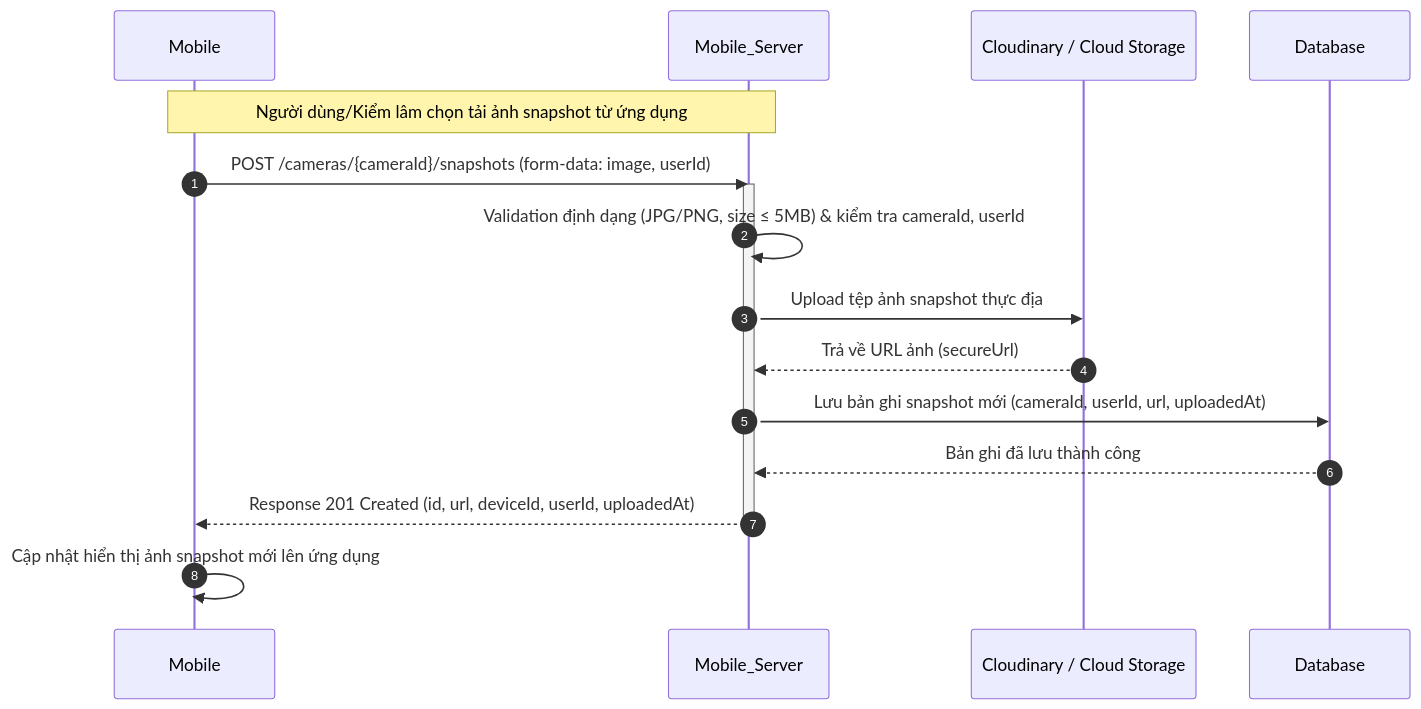
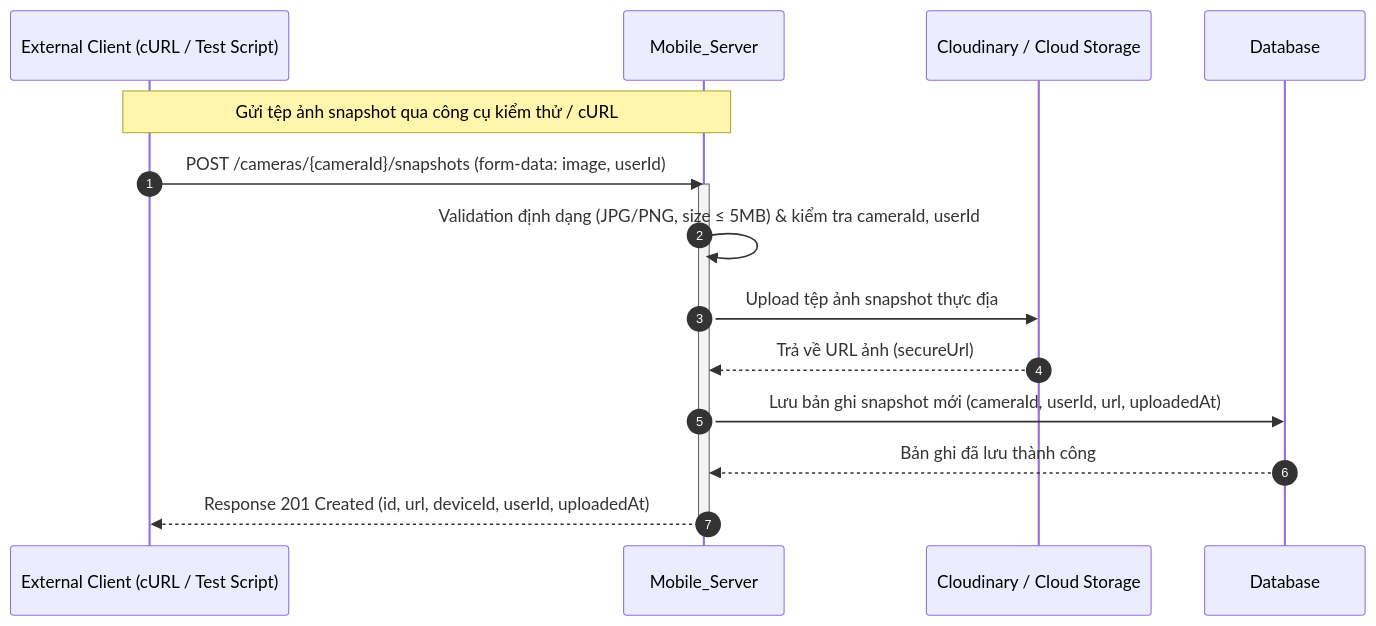
Before and after one commit to trungnguyenthien/Wildlife-Warning-and-Deterrence-System: diagram 21 of 21 in docs/04-sequence-diagram.md, drawn with Mermaid. The commit also changed other lines of this file, not shown here.

Commit message:
docs: update sequence diagram to reflect latest system flow refinements

````diff
--- a/docs/04-sequence-diagram.md
+++ b/docs/04-sequence-diagram.md
@@ -863,20 +869,19 @@
 ```mermaid
 sequenceDiagram
     autonumber
-    participant Mobile as Mobile
+    participant Client_Test as External Client (cURL / Test Script)
     participant Mobile_Server as Mobile_Server
     participant Cloudinary as Cloudinary / Cloud Storage
     participant Database as Database
 
-    Note over Mobile, Mobile_Server: Người dùng/Kiểm lâm chọn tải ảnh snapshot từ ứng dụng
-    Mobile->>Mobile_Server: POST /cameras/{cameraId}/snapshots (form-data: image, userId)
+    Note over Client_Test, Mobile_Server: Gửi tệp ảnh snapshot qua công cụ kiểm thử / cURL
+    Client_Test->>Mobile_Server: POST /cameras/{cameraId}/snapshots (form-data: image, userId)
     activate Mobile_Server
     Mobile_Server->>Mobile_Server: Validation định dạng (JPG/PNG, size ≤ 5MB) & kiểm tra cameraId, userId
     Mobile_Server->>Cloudinary: Upload tệp ảnh snapshot thực địa
     Cloudinary-->>Mobile_Server: Trả về URL ảnh (secureUrl)
     Mobile_Server->>Database: Lưu bản ghi snapshot mới (cameraId, userId, url, uploadedAt)
     Database-->>Mobile_Server: Bản ghi đã lưu thành công
-    Mobile_Server-->>Mobile: Response 201 Created (id, url, deviceId, userId, uploadedAt)
+    Mobile_Server-->>Client_Test: Response 201 Created (id, url, deviceId, userId, uploadedAt)
     deactivate Mobile_Server
-    Mobile->>Mobile: Cập nhật hiển thị ảnh snapshot mới lên ứng dụng
 ```
````
